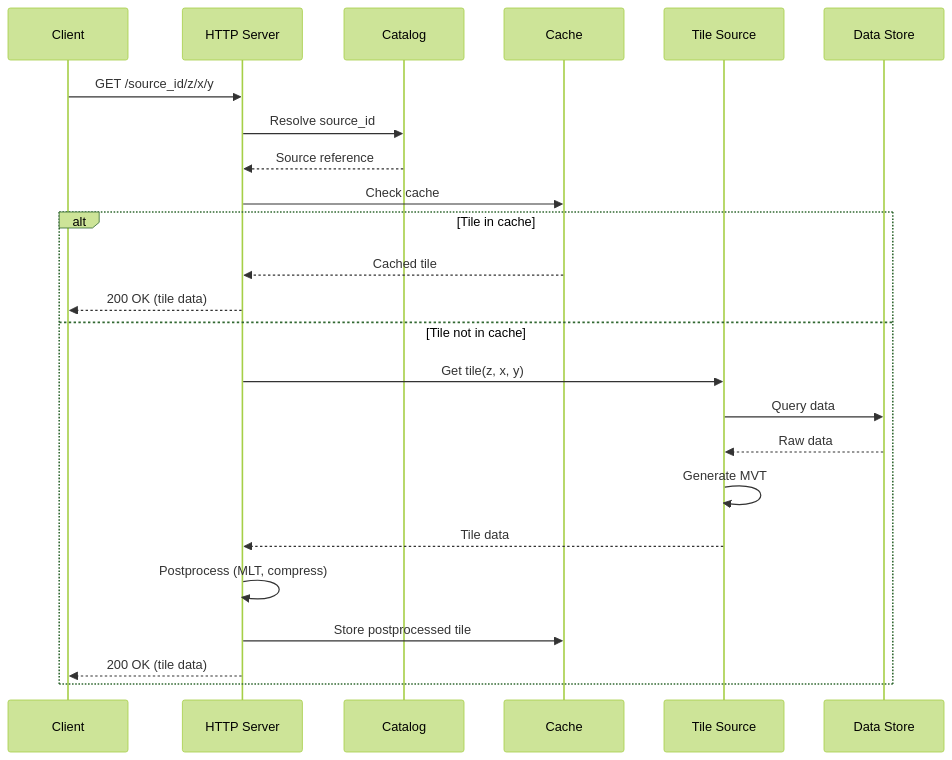
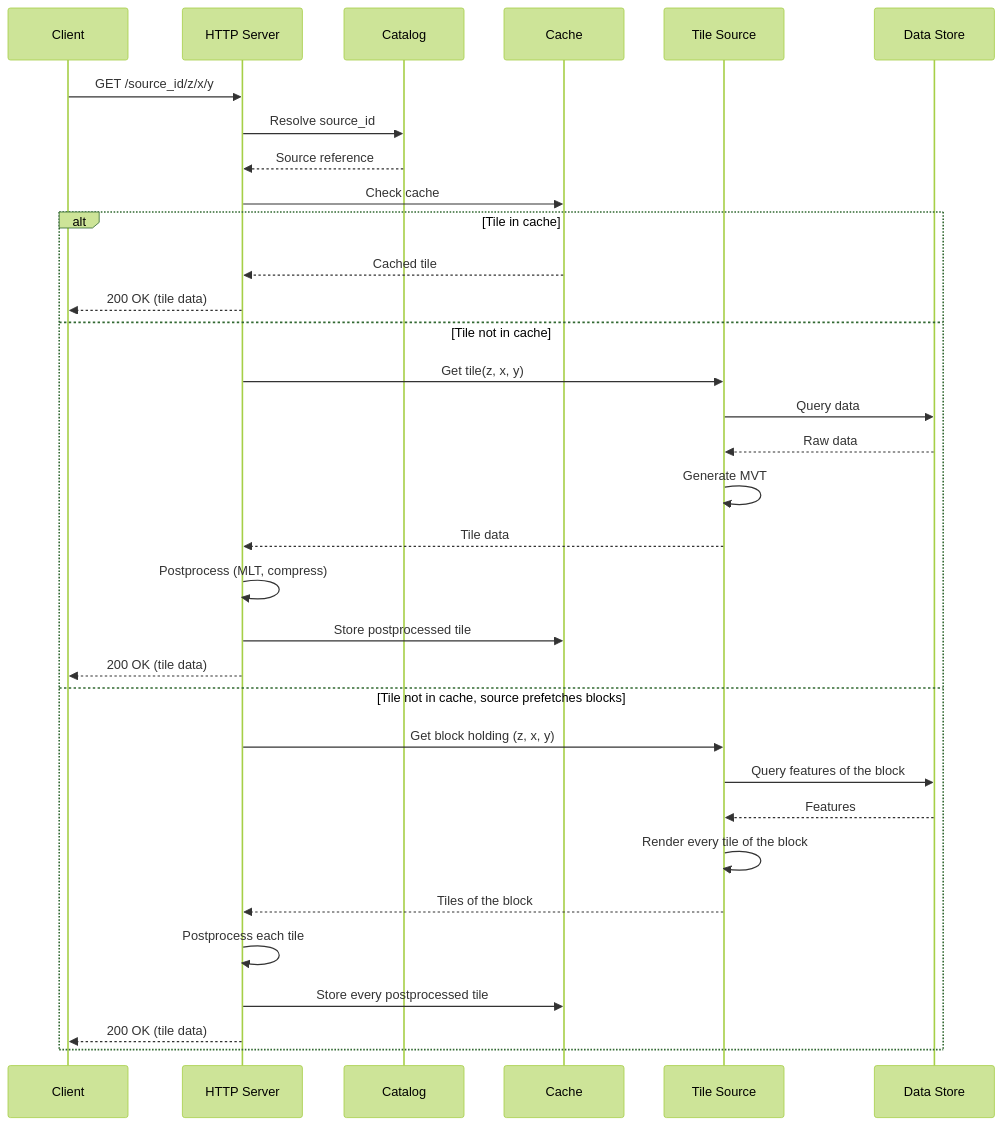
One commit to maplibre/martin changed the second of 4 diagrams in docs/content/architecture.md. Above: the diagram before and after it, drawn with Mermaid (forest theme). The commit also changed other lines of this file and 5 other files, not shown here.

First line of the commit message:
docs(tilegen): describe prefetching blocks of served tiles

````diff
--- a/docs/content/architecture.md
+++ b/docs/content/architecture.md
@@ -148,28 +148,37 @@
     ```mermaid
     sequenceDiagram
         participant Client
         participant Server as HTTP Server
         participant Catalog
         participant Cache
         participant Source as Tile Source
         participant DB as Data Store
 
         Client->>Server: GET /source_id/z/x/y
         Server->>Catalog: Resolve source_id
         Catalog-->>Server: Source reference
         Server->>Cache: Check cache
 
         alt Tile in cache
             Cache-->>Server: Cached tile
             Server-->>Client: 200 OK (tile data)
         else Tile not in cache
             Server->>Source: Get tile(z, x, y)
             Source->>DB: Query data
             DB-->>Source: Raw data
             Source->>Source: Generate MVT
             Source-->>Server: Tile data
             Server->>Server: Postprocess (MLT, compress)
             Server->>Cache: Store postprocessed tile
             Server-->>Client: 200 OK (tile data)
+        else Tile not in cache, source prefetches blocks
+            Server->>Source: Get block holding (z, x, y)
+            Source->>DB: Query features of the block
+            DB-->>Source: Features
+            Source->>Source: Render every tile of the block
+            Source-->>Server: Tiles of the block
+            Server->>Server: Postprocess each tile
+            Server->>Cache: Store every postprocessed tile
+            Server-->>Client: 200 OK (tile data)
         end
     ```
````
